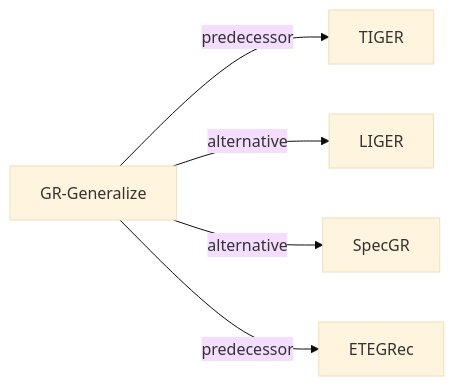
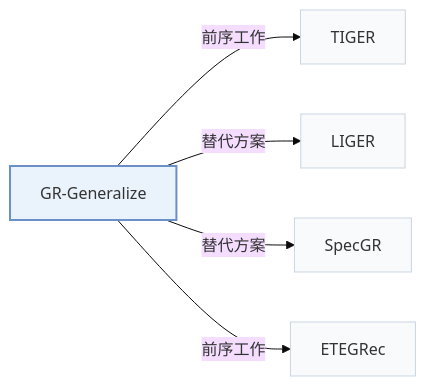
Before and after one commit to Galaxy-ghost/Awesome-SID-Generative-Rec: the second of 2 diagrams in pages/zh/papers/gr-generalize.md, drawn with Mermaid (base theme). The commit also changed other lines of this file and 649 other files, not shown here.

Commit message:
writer-05: also tags and modality index (schema, check, build, visuals); summary field removed; calibration data for 12 papers

````diff
--- a/pages/zh/papers/gr-generalize.md
+++ b/pages/zh/papers/gr-generalize.md
@@ -64,8 +72,12 @@
 ```mermaid
 flowchart LR
     P["GR-Generalize"]
-    P -->|predecessor| A["TIGER"]
-    P -->|alternative| B["LIGER"]
-    P -->|alternative| C["SpecGR"]
-    P -->|predecessor| D["ETEGRec"]
+    P -->|"前序工作"| A["TIGER"]
+    P -->|"替代方案"| B["LIGER"]
+    P -->|"替代方案"| C["SpecGR"]
+    P -->|"前序工作"| D["ETEGRec"]
+    classDef main fill:#eaf2fb,stroke:#6b8fc7,stroke-width:2px
+    classDef peer fill:#f8fafc,stroke:#cbd5e1
+    class P main
+    class A,B,C,D peer
 ```
````
